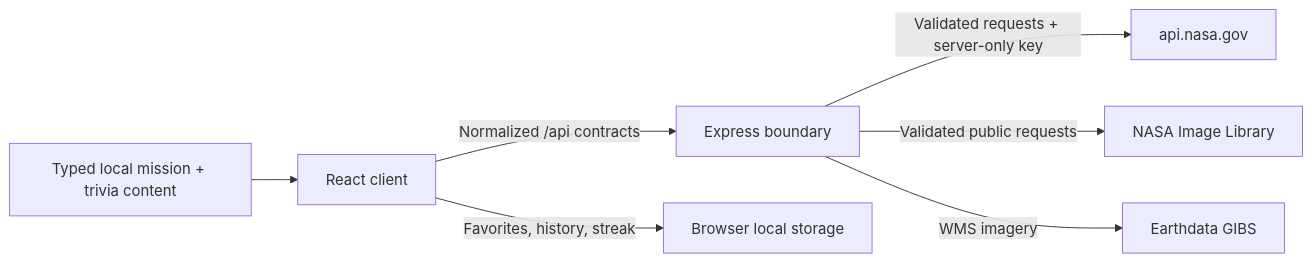
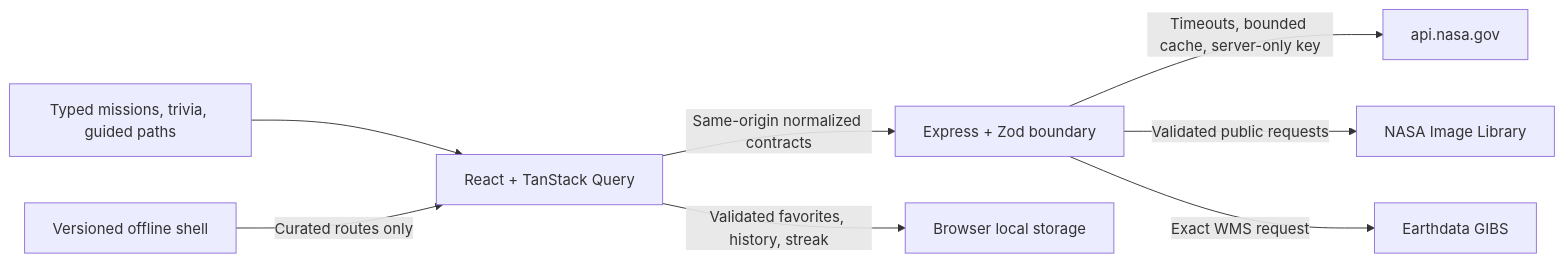
One commit to jamesdoom/nasa-mission-control changed the diagram in README.md. Above: the diagram before and after it, drawn with Mermaid. The commit also changed other lines of this file and 18 other files, not shown here.

````diff
--- a/README.md
+++ b/README.md
@@ -144,9 +146,10 @@
 ```mermaid
 flowchart LR
-  Browser[React client] -->|Normalized /api contracts| Express[Express boundary]
-  Express -->|Validated requests + server-only key| Open[api.nasa.gov]
+  Browser[React + TanStack Query] -->|Same-origin normalized contracts| Express[Express + Zod boundary]
+  Express -->|Timeouts, bounded cache, server-only key| Open[api.nasa.gov]
   Express -->|Validated public requests| Images[NASA Image Library]
-  Express -->|WMS imagery| GIBS[Earthdata GIBS]
-  Browser -->|Favorites, history, streak| Local[Browser local storage]
-  Curated[Typed local mission + trivia content] --> Browser
+  Express -->|Exact WMS request| GIBS[Earthdata GIBS]
+  Browser -->|Validated favorites, history, streak| Local[Browser local storage]
+  Curated[Typed missions, trivia, guided paths] --> Browser
+  Shell[Versioned offline shell] -->|Curated routes only| Browser
 ```
````
